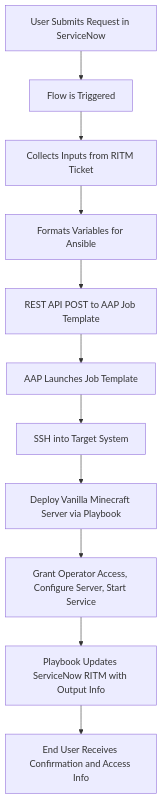
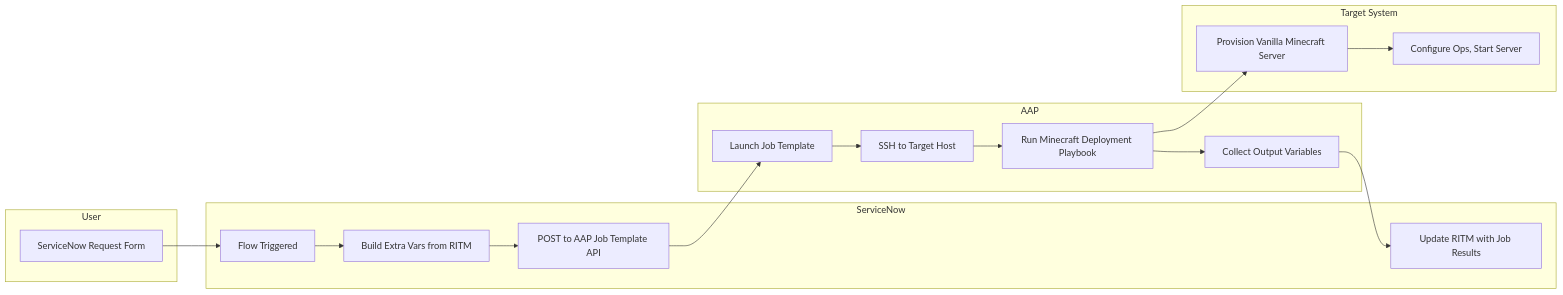
One commit to BBGrimmett2/bbgrimmett2.github.io changed the diagram in _posts/2025-07-12.md. Above: the diagram before and after it, drawn with Mermaid. The commit also changed other lines of this file, not shown here.

Commit message:
edit diagram

````diff
--- a/_posts/2025-07-12.md
+++ b/_posts/2025-07-12.md
@@ -119,13 +119,32 @@
 ```mermaid
-flowchart TD
-    A[User Submits Request in ServiceNow] --> B[Flow is Triggered]
-    B --> C[Collects Inputs from RITM Ticket]
-    C --> D[Formats Variables for Ansible]
-    D --> E[REST API POST to AAP Job Template]
-    E --> F[AAP Launches Job Template]
-    F --> G[SSH into Target System]
-    G --> H[Deploy Vanilla Minecraft Server via Playbook]
-    H --> I[Grant Operator Access, Configure Server, Start Service]
-    I --> J[Playbook Updates ServiceNow RITM with Output Info]
-    J --> K[End User Receives Confirmation and Access Info]
+flowchart LR
+    subgraph User
+        A[ServiceNow Request Form]
+    end
+
+    subgraph ServiceNow
+        B[Flow Triggered]
+        C[Build Extra Vars from RITM]
+        D[POST to AAP Job Template API]
+        K[Update RITM with Job Results]
+    end
+
+    subgraph AAP
+        E[Launch Job Template]
+        F[SSH to Target Host]
+        G[Run Minecraft Deployment Playbook]
+        H[Collect Output Variables]
+    end
+
+    subgraph Target System
+        I[Provision Vanilla Minecraft Server]
+        J[Configure Ops, Start Server]
+    end
+
+    A --> B --> C --> D
+    D --> E
+    E --> F --> G
+    G --> I --> J
+    G --> H --> K
+
 ```
````
